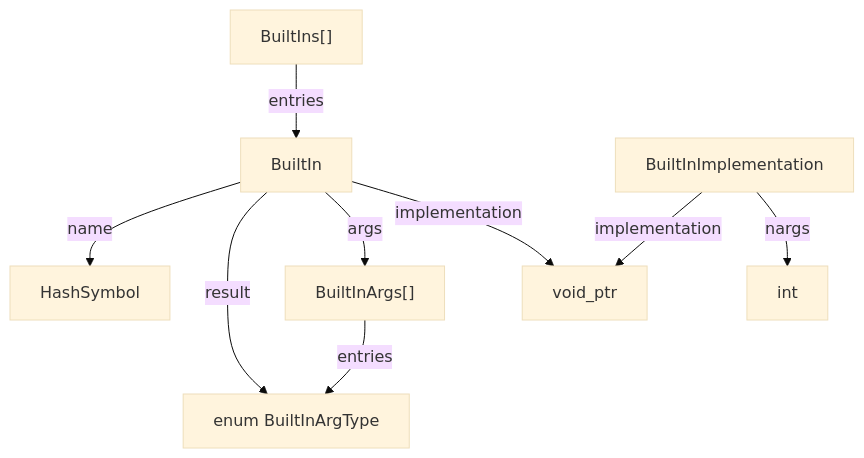
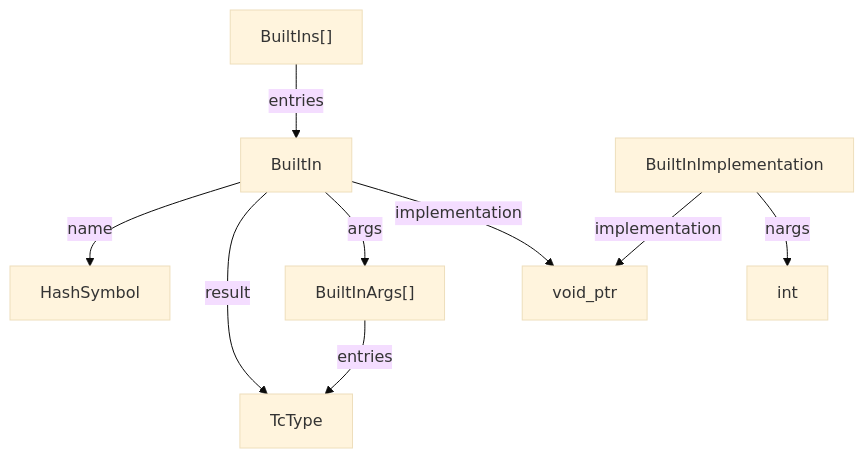
The diagram in docs/builtins.md (billhails/CEKF), drawn with Mermaid (base theme) before and after one commit. The commit also changed 31 other files, not shown here.

````diff
--- a/docs/builtins.md
+++ b/docs/builtins.md
@@ -5,12 +5,11 @@
 ```mermaid
 flowchart TD
 BuiltIn --name--> HashSymbol
-BuiltIn --result--> BuiltInArgType
+BuiltIn --result--> TcType
 BuiltIn --args--> BuiltInArgs
 BuiltIn --implementation--> void_ptr
 BuiltInImplementation --implementation--> void_ptr
 BuiltInImplementation --nargs--> int
-BuiltInArgType["enum BuiltInArgType"]
-BuiltInArgs["BuiltInArgs[]"] --entries--> BuiltInArgType
+BuiltInArgs["BuiltInArgs[]"] --entries--> TcType
 BuiltIns["BuiltIns[]"] --entries--> BuiltIn
 ```
````
